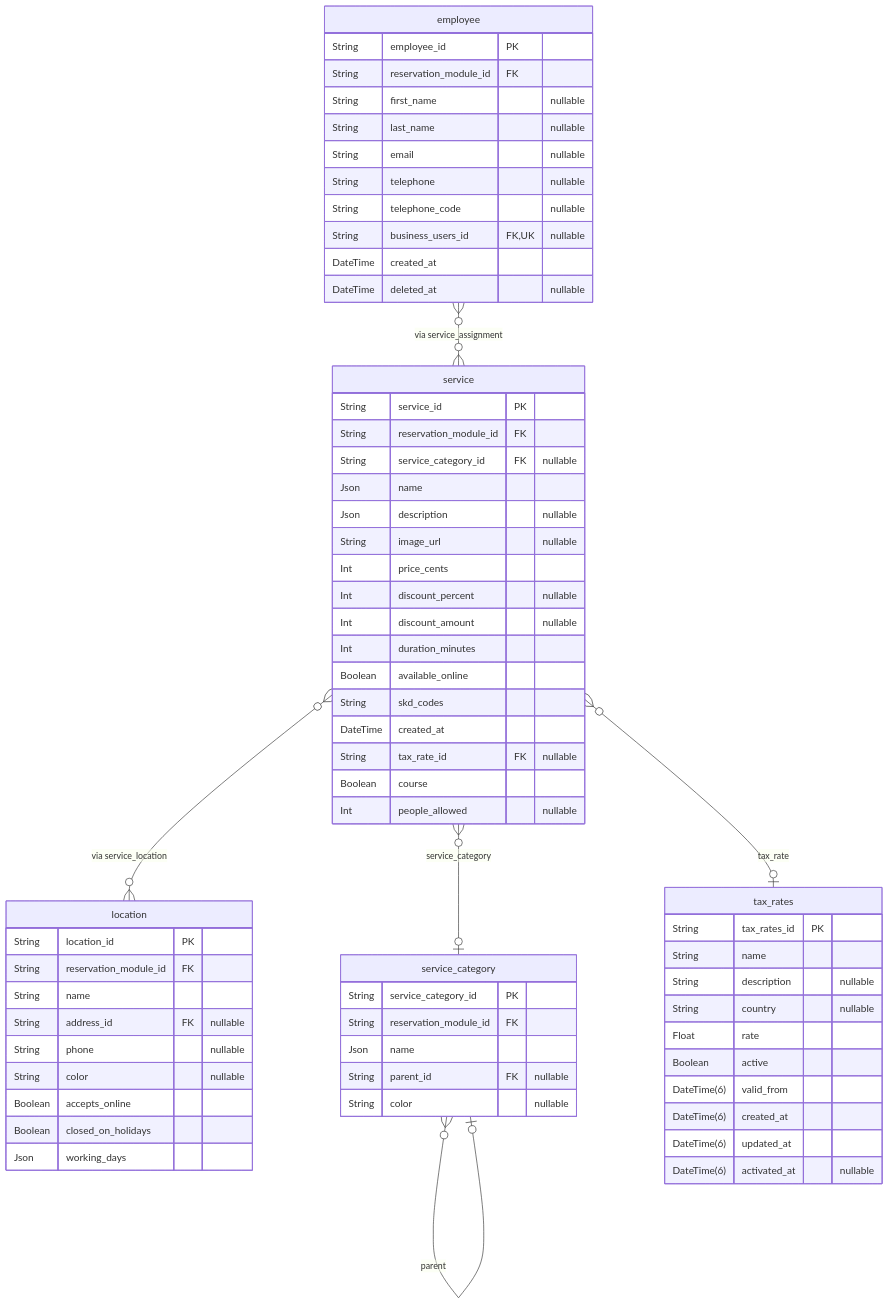
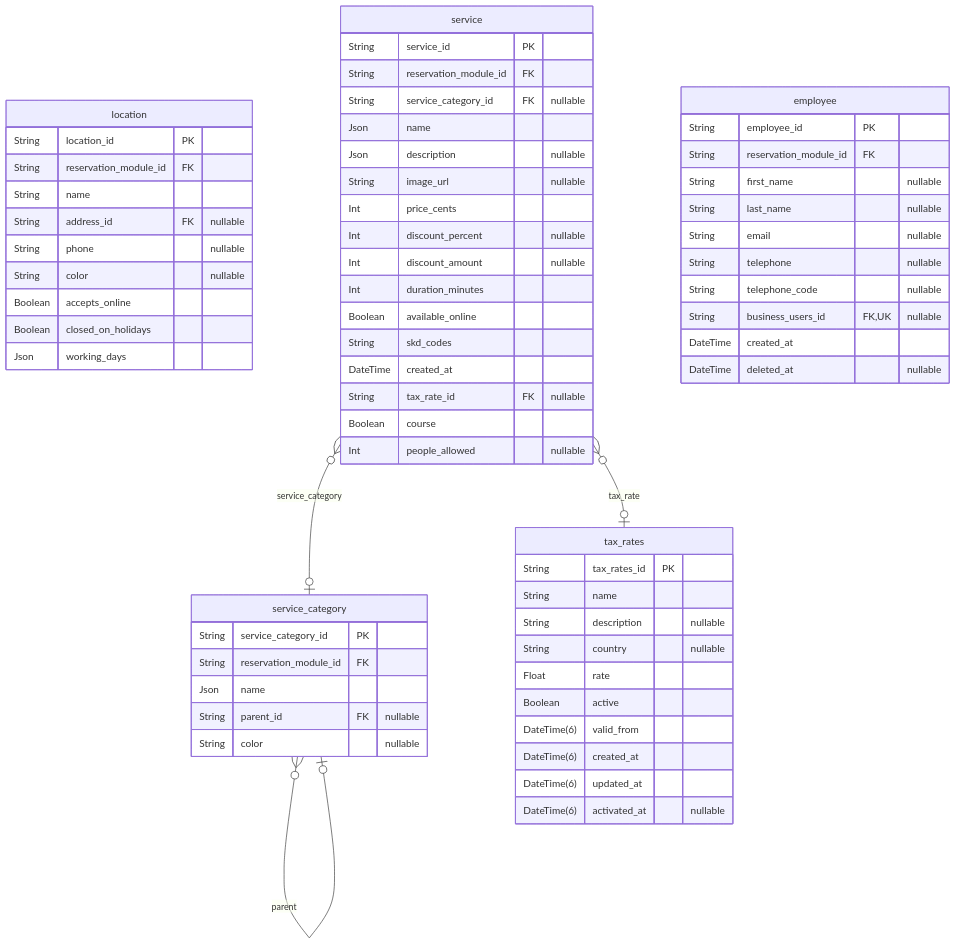
Before and after one commit to pbozic/be-analyisis: diagram 35 of 40 in prisma/schemas/ERD.md, drawn with Mermaid. The commit also changed other lines of this file and 18 other files, not shown here.

````diff
--- a/prisma/schemas/ERD.md
+++ b/prisma/schemas/ERD.md
@@ -6794,68 +6765,66 @@
 ```mermaid
 erDiagram
 "location" {
   String location_id PK
   String reservation_module_id FK
   String name
   String address_id FK "nullable"
   String phone "nullable"
   String color "nullable"
   Boolean accepts_online
   Boolean closed_on_holidays
   Json working_days
 }
 "service_category" {
   String service_category_id PK
   String reservation_module_id FK
   Json name
   String parent_id FK "nullable"
   String color "nullable"
 }
 "service" {
   String service_id PK
   String reservation_module_id FK
   String service_category_id FK "nullable"
   Json name
   Json description "nullable"
   String image_url "nullable"
   Int price_cents
   Int discount_percent "nullable"
   Int discount_amount "nullable"
   Int duration_minutes
   Boolean available_online
   String skd_codes
   DateTime created_at
   String tax_rate_id FK "nullable"
   Boolean course
   Int people_allowed "nullable"
 }
 "employee" {
   String employee_id PK
   String reservation_module_id FK
   String first_name "nullable"
   String last_name "nullable"
   String email "nullable"
   String telephone "nullable"
   String telephone_code "nullable"
   String business_users_id FK,UK "nullable"
   DateTime created_at
   DateTime deleted_at "nullable"
 }
 "tax_rates" {
   String tax_rates_id PK
   String name
   String description "nullable"
   String country "nullable"
   Float rate
   Boolean active
   DateTime(6) valid_from
   DateTime(6) created_at
   DateTime(6) updated_at
   DateTime(6) activated_at "nullable"
 }
 "service_category" }o--o| "service_category" : parent
 "service" }o--o| "service_category" : service_category
 "service" }o--o| "tax_rates" : tax_rate
-"service" }o--o{ "location" : "via service_location"
-"employee" }o--o{ "service" : "via service_assignment"
 ```
````
